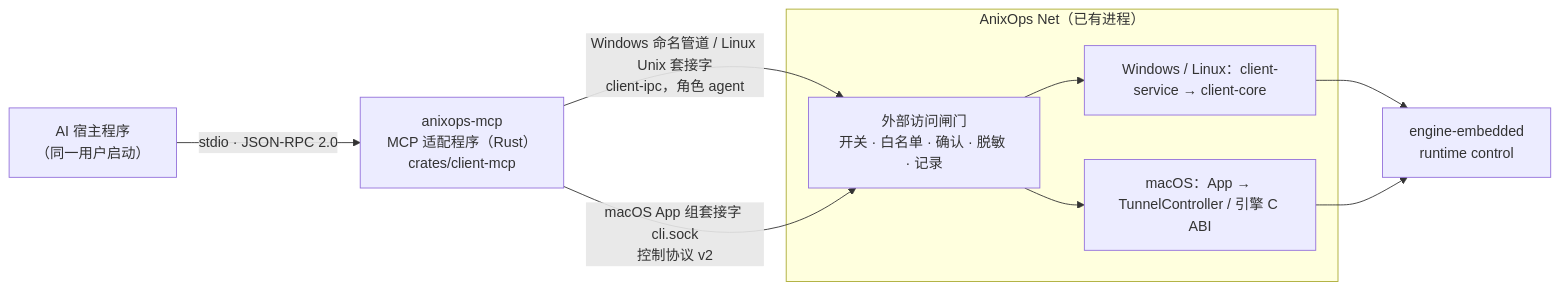
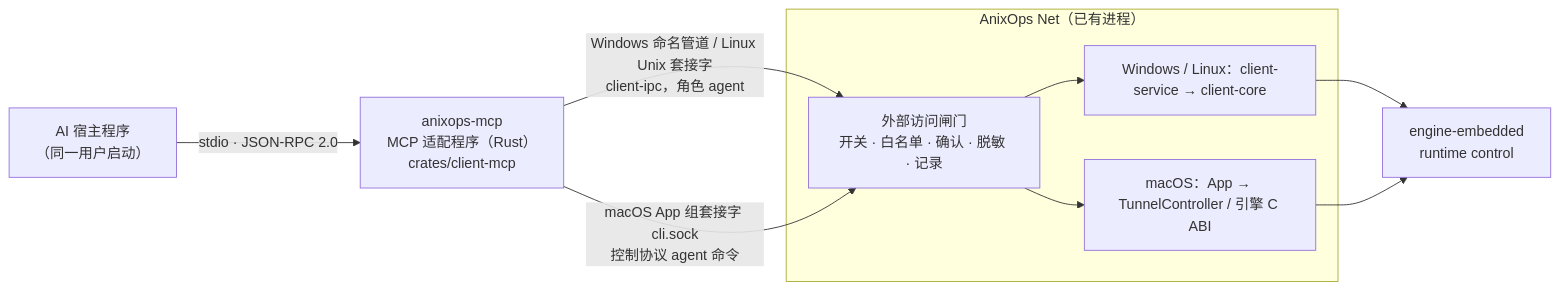
The first of 2 diagrams in docs/mcp-desktop.md (AnixOps/anixops-net), drawn with Mermaid before and after one commit. The commit also changed other lines of this file and 24 other files, not shown here.

First line of the commit message:
macOS MCP read-only access (docs/mcp-desktop.md P2)

````diff
--- a/docs/mcp-desktop.md
+++ b/docs/mcp-desktop.md
@@ -26,19 +26,19 @@
 ```mermaid
 flowchart LR
     HOST["AI 宿主程序<br/>（同一用户启动）"]
     MCP["anixops-mcp<br/>MCP 适配程序（Rust）<br/>crates/client-mcp"]
     subgraph APP["AnixOps Net（已有进程）"]
         GATE["外部访问闸门<br/>开关 · 白名单 · 确认 · 脱敏 · 记录"]
         WIN["Windows / Linux：client-service → client-core"]
         MAC["macOS：App → TunnelController / 引擎 C ABI"]
     end
     ENG["engine-embedded<br/>runtime control"]
 
     HOST -- "stdio · JSON-RPC 2.0" --> MCP
     MCP -- "Windows 命名管道 / Linux Unix 套接字<br/>client-ipc，角色 agent" --> GATE
-    MCP -- "macOS App 组套接字 cli.sock<br/>控制协议 v2" --> GATE
+    MCP -- "macOS App 组套接字 cli.sock<br/>控制协议 agent 命令" --> GATE
     GATE --> WIN
     GATE --> MAC
     WIN --> ENG
     MAC --> ENG
 ```
````
